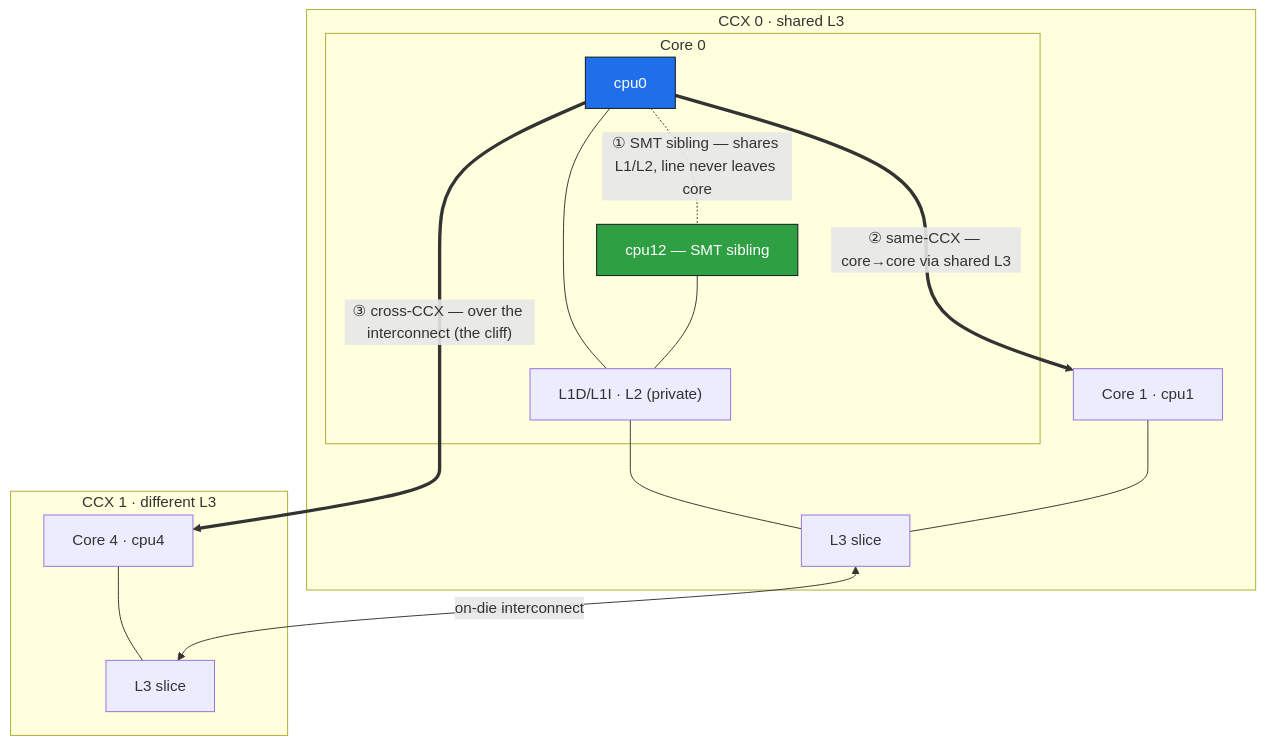
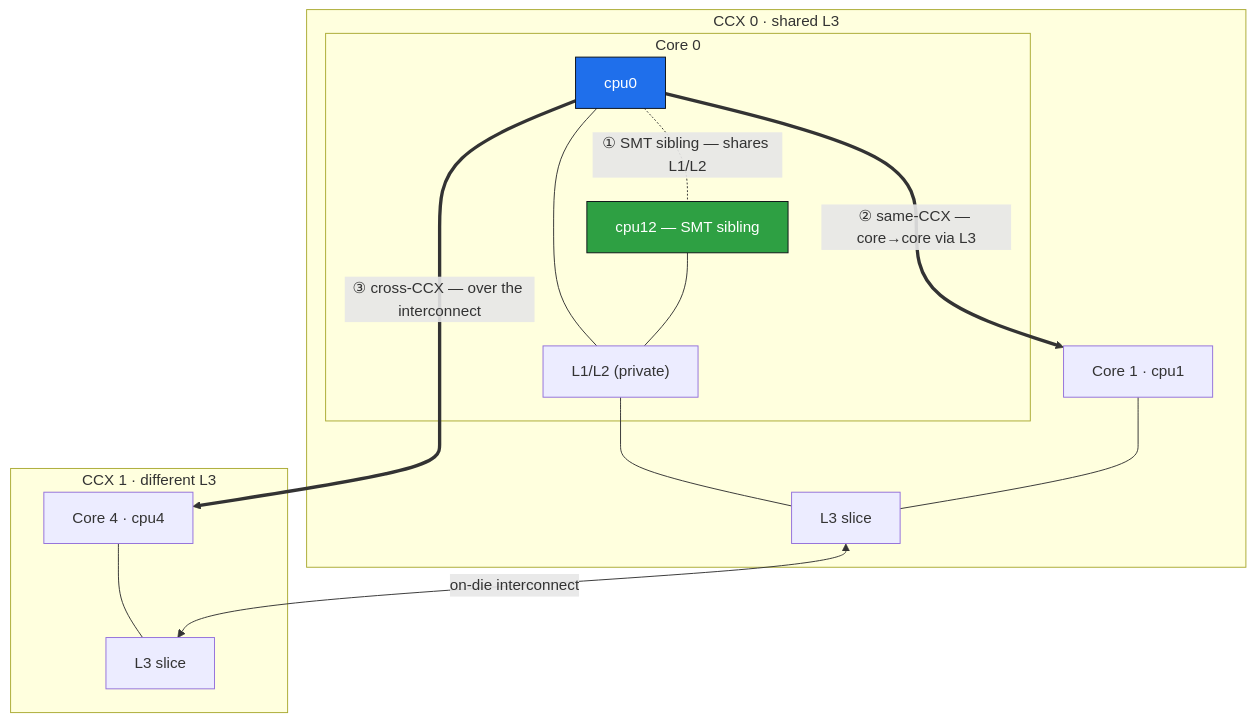
One commit to mattyv/SMT-IPC changed the first of 2 diagrams in README.md. Above: the diagram before and after it, drawn with Mermaid. The commit also changed other lines of this file and 1 other file, not shown here.

````diff
--- a/README.md
+++ b/README.md
@@ -51,28 +38,28 @@
 ```mermaid
 flowchart TB
   subgraph CCX0["CCX 0 · shared L3"]
     L30["L3 slice"]
     subgraph CORE0["Core 0"]
       cpu0["cpu0"]
       cpu12["cpu12 — SMT sibling"]
-      l1a["L1D/L1I · L2 (private)"]
+      l1a["L1/L2 (private)"]
     end
     CORE1["Core 1 · cpu1"]
   end
   subgraph CCX1["CCX 1 · different L3"]
     L31["L3 slice"]
     CORE4["Core 4 · cpu4"]
   end
   cpu0 --- l1a
   cpu12 --- l1a
   l1a --- L30
   CORE1 --- L30
   CORE4 --- L31
   L30 <-->|on-die interconnect| L31
-  cpu0 -. "① SMT sibling — shares L1/L2, line never leaves core" .- cpu12
-  cpu0 == "② same-CCX — core→core via shared L3" ==> CORE1
-  cpu0 == "③ cross-CCX — over the interconnect (the cliff)" ==> CORE4
+  cpu0 -. "① SMT sibling — shares L1/L2" .- cpu12
+  cpu0 == "② same-CCX — core→core via L3" ==> CORE1
+  cpu0 == "③ cross-CCX — over the interconnect" ==> CORE4
   classDef hot fill:#1f6feb,color:#fff,stroke:#0d1117;
   classDef sib fill:#2ea043,color:#fff,stroke:#0d1117;
   class cpu0 hot; class cpu12 sib;
 ```
````
